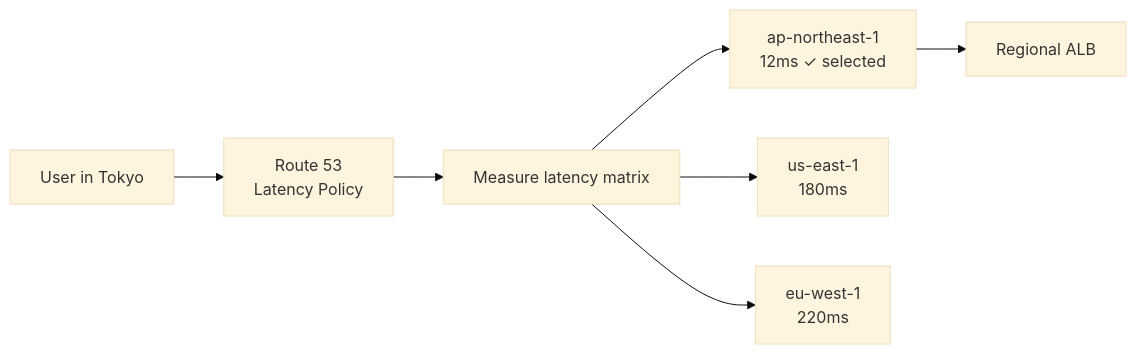
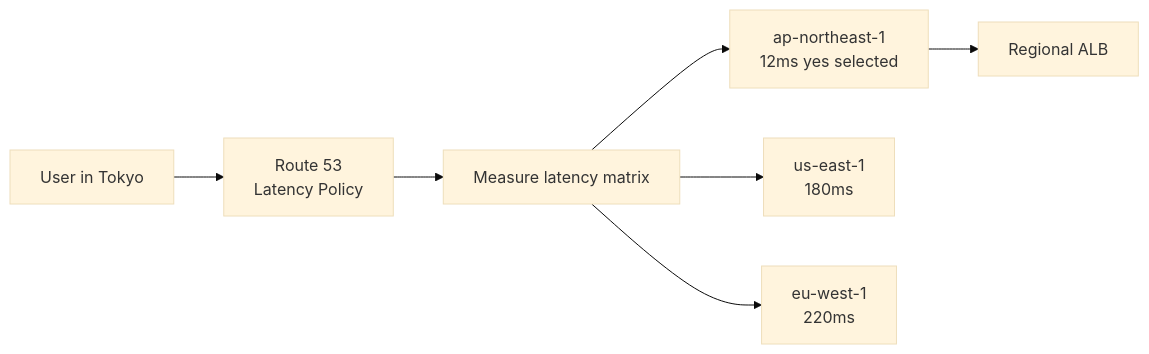
Before and after one commit to billywr/system-design: diagram 12 of 28 in 08-fundamentals/28-dns-deep-dive.md, drawn with Mermaid (base theme). The commit also changed other lines of this file and 39 other files, not shown here.

````diff
--- a/08-fundamentals/28-dns-deep-dive.md
+++ b/08-fundamentals/28-dns-deep-dive.md
@@ -623,10 +623,10 @@
 ```mermaid
 flowchart LR
     USER[User in Tokyo]
     USER --> R53[Route 53<br/>Latency Policy]
     R53 --> M[Measure latency matrix]
-    M --> AP[ap-northeast-1<br/>12ms ✓ selected]
+    M --> AP[ap-northeast-1<br/>12ms yes selected]
     M --> US[us-east-1<br/>180ms]
     M --> EU[eu-west-1<br/>220ms]
     AP --> ALB[Regional ALB]
 ```
````
